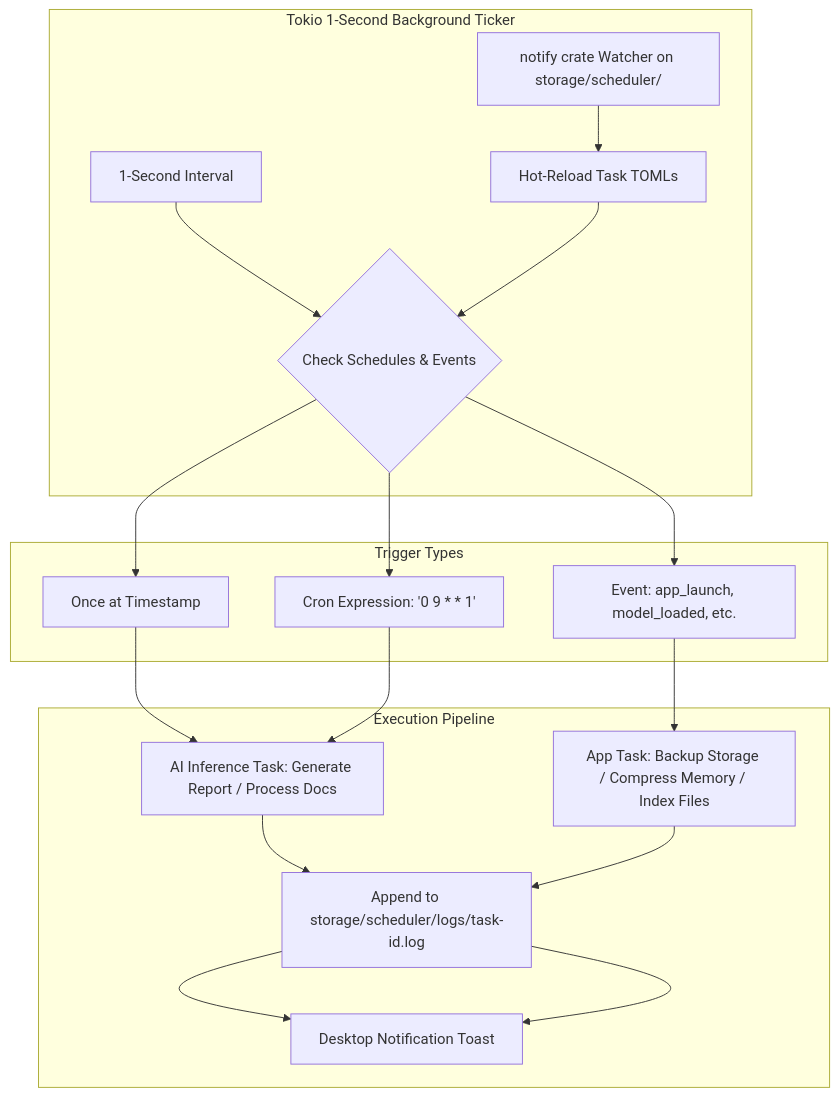
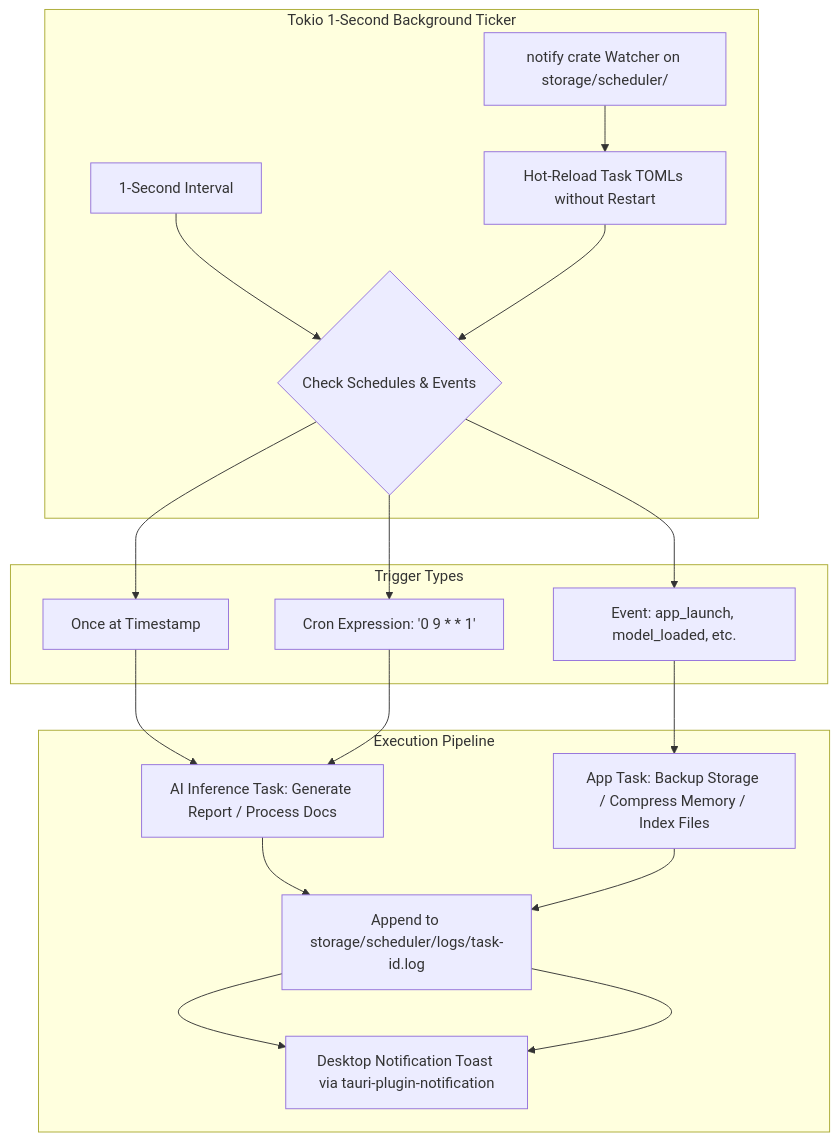
Before and after one commit to zishan049/Composer: the eighth of 11 diagrams in PRD.md, drawn with Mermaid. The commit also changed other lines of this file and 25 other files, not shown here.

Commit message:
feat: initialize Tauri backend with file operations, task scheduler, and React UI components for document, image, and PDF management.

````diff
--- a/PRD.md
+++ b/PRD.md
@@ -429,33 +460,33 @@
 ```mermaid
 graph TD
     subgraph SchedulerLoop ["Tokio 1-Second Background Ticker"]
         TICK[1-Second Interval]
         NOTIFY[notify crate Watcher on storage/scheduler/]
-        RELOAD[Hot-Reload Task TOMLs]
+        RELOAD[Hot-Reload Task TOMLs without Restart]
         CHECK{Check Schedules & Events}
     end
 
     subgraph Triggers ["Trigger Types"]
         ONCE[Once at Timestamp]
         CRON[Cron Expression: '0 9 * * 1']
         EVENT[Event: app_launch, model_loaded, etc.]
     end
 
     subgraph Actions ["Execution Pipeline"]
         AI_TASK[AI Inference Task: Generate Report / Process Docs]
         APP_TASK[App Task: Backup Storage / Compress Memory / Index Files]
         LOGS[Append to storage/scheduler/logs/task-id.log]
-        NOTIF[Desktop Notification Toast]
+        NOTIF[Desktop Notification Toast via tauri-plugin-notification]
     end
 
     TICK --> CHECK
     NOTIFY --> RELOAD --> CHECK
     CHECK --> ONCE
     CHECK --> CRON
     CHECK --> EVENT
     ONCE --> AI_TASK
     CRON --> AI_TASK
     EVENT --> APP_TASK
     AI_TASK --> LOGS --> NOTIF
     APP_TASK --> LOGS --> NOTIF
 ```
````
